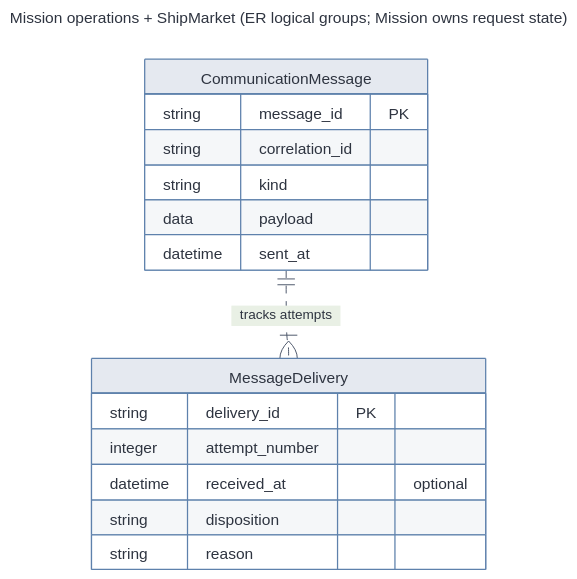
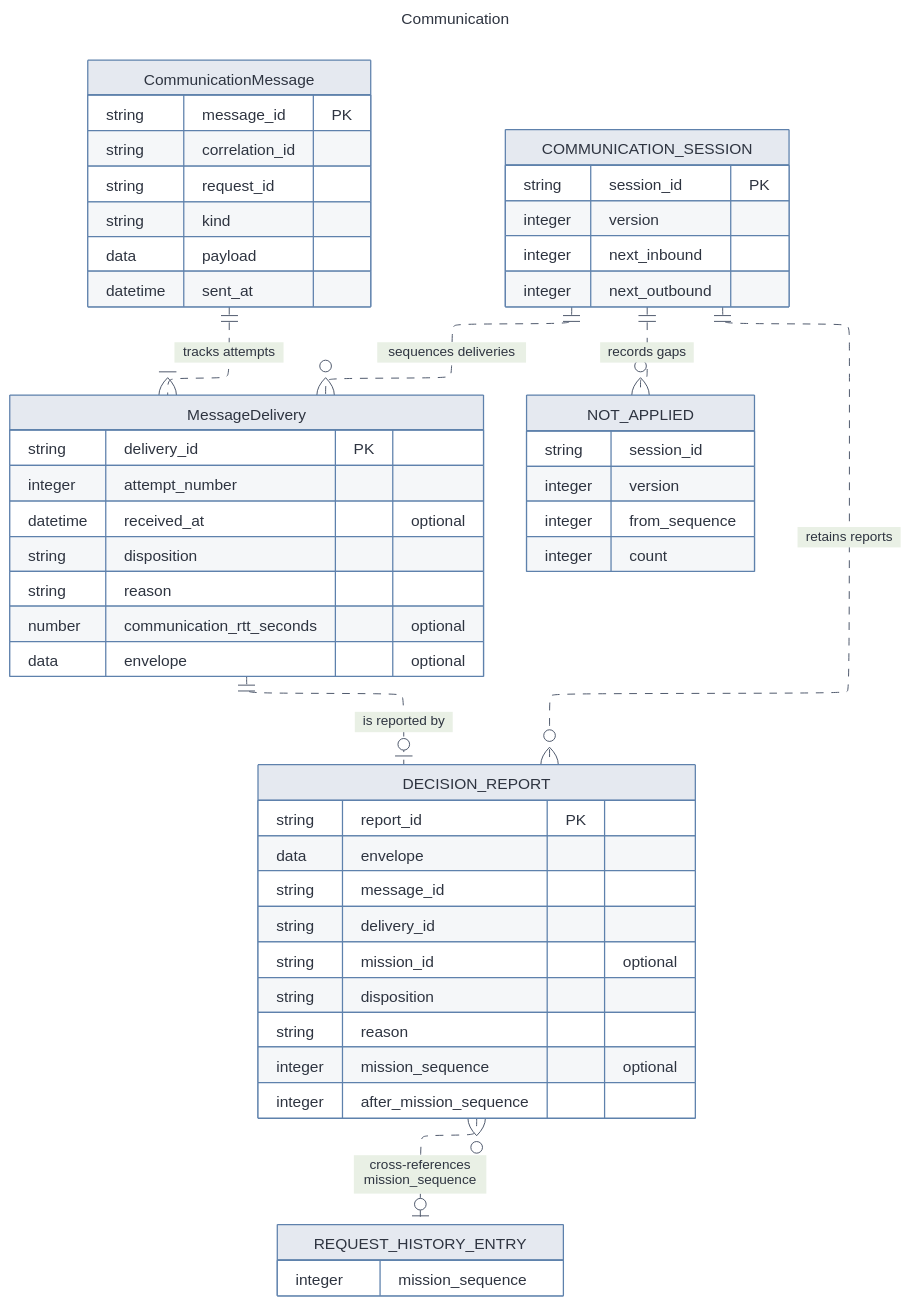
The diagram in docs/architecture/diagrams/rescue-domain-model/namespaces/Communication/entity-relationship-diagram.mmd (mariaxmxavier/space-rescue-system), drawn with Mermaid before and after one commit. The commit also changed 104 other files, not shown here.

```diff
--- a/docs/architecture/diagrams/rescue-domain-model/namespaces/Communication/entity-relationship-diagram.mmd
+++ b/docs/architecture/diagrams/rescue-domain-model/namespaces/Communication/entity-relationship-diagram.mmd
@@ -1,45 +1,79 @@
 ---
-title: Mission operations + ShipMarket (ER logical groups; Mission owns request state)
+title: Communication
 config:
   layout: elk
   theme: base
   htmlLabels: false
   fontFamily: Arial
   themeVariables:
     primaryColor: '#e5e9f0'
     primaryTextColor: '#2e3440'
     primaryBorderColor: '#5e81ac'
     lineColor: '#4c566a'
     tertiaryColor: '#eceff4'
     fontFamily: 'Arial, sans-serif'
   elk:
     mergeEdges: false
     nodePlacementStrategy: LINEAR_SEGMENTS
   class:
     nodeSpacing: 90
     rankSpacing: 100
     padding: 24
     diagramPadding: 40
   er:
     nodeSpacing: 90
     rankSpacing: 100
     diagramPadding: 30
 ---
 erDiagram
     direction TB
     %% Scoped logical ER view of Communication. Cross-space relationships: Messages correlate with MissionOperations requests and may trigger request-history entries.
     CommunicationMessage {
         string message_id PK
         string correlation_id
+        string request_id
         string kind
         data payload
         datetime sent_at
     }
     MessageDelivery {
         string delivery_id PK
         integer attempt_number
         datetime received_at "optional"
         string disposition
         string reason
+        number communication_rtt_seconds "optional"
+        data envelope "optional"
+    }
+    COMMUNICATION_SESSION {
+        string session_id PK
+        integer version
+        integer next_inbound
+        integer next_outbound
+    }
+    DECISION_REPORT {
+        string report_id PK
+        data envelope
+        string message_id
+        string delivery_id
+        string mission_id "optional"
+        string disposition
+        string reason
+        integer mission_sequence "optional"
+        integer after_mission_sequence
+    }
+    NOT_APPLIED {
+        string session_id
+        integer version
+        integer from_sequence
+        integer count
+    }
+    REQUEST_HISTORY_ENTRY {
+        integer mission_sequence
     }
     CommunicationMessage ||..|{ MessageDelivery : "tracks attempts"
+    COMMUNICATION_SESSION ||..o{ MessageDelivery : "sequences deliveries"
+    COMMUNICATION_SESSION ||..o{ DECISION_REPORT : "retains reports"
+    COMMUNICATION_SESSION ||..o{ NOT_APPLIED : "records gaps"
+    MessageDelivery ||..o| DECISION_REPORT : "is reported by"
+    DECISION_REPORT }o..o| REQUEST_HISTORY_ENTRY : "cross-references mission_sequence"
```
